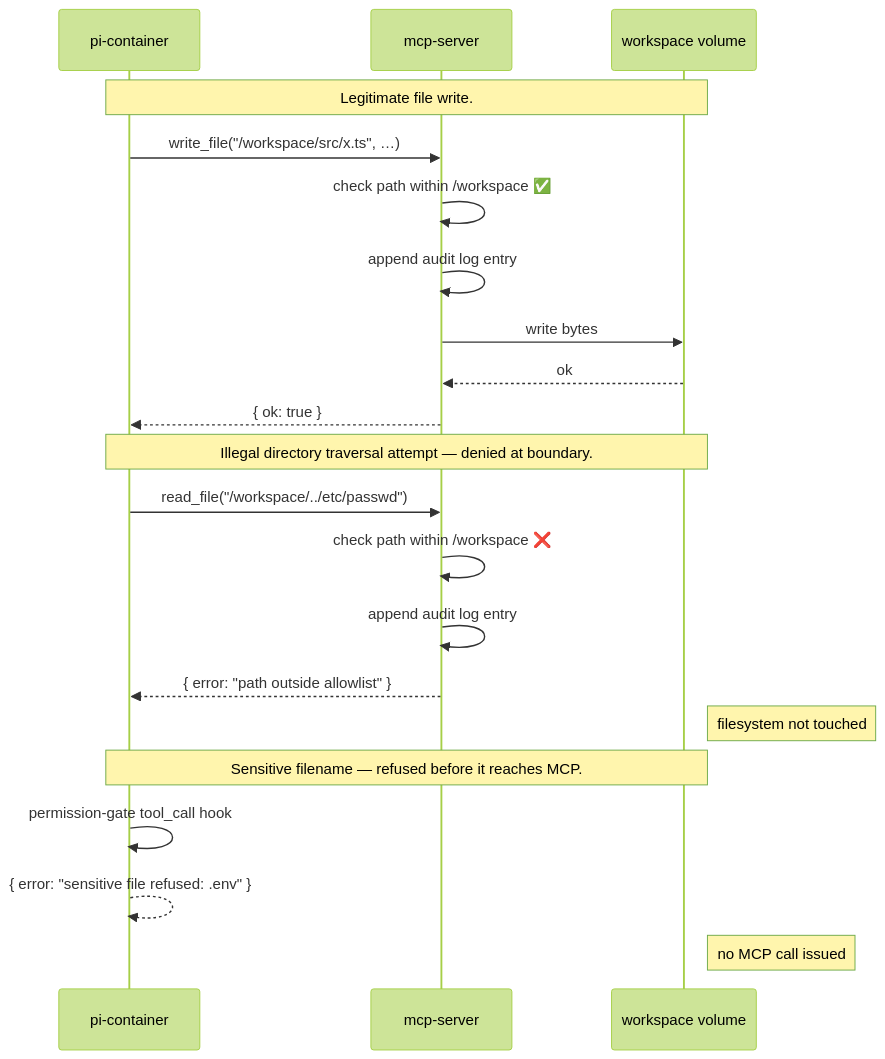
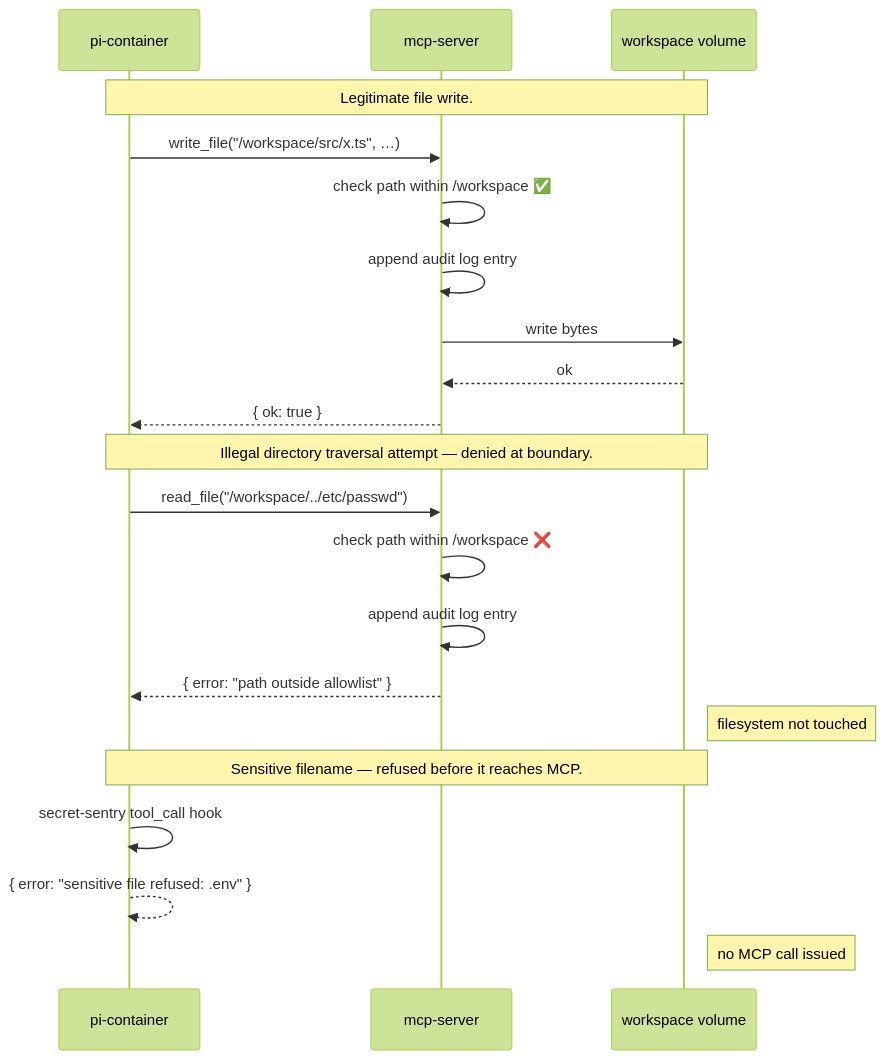
Before and after one commit to kieranpotts/genie: the second of 4 diagrams in docs/solution.md, drawn with Mermaid (forest theme). The commit also changed other lines of this file and 24 other files, not shown here.

Commit message:
feature: remove user prompting from permission-gate

````diff
--- a/docs/solution.md
+++ b/docs/solution.md
@@ -326,26 +330,26 @@
 ```mermaid
 sequenceDiagram
   participant Pi as pi-container
   participant MCP as mcp-server
   participant FS as workspace volume
 
   Note over Pi,FS: Legitimate file write.
   Pi->>MCP: write_file("/workspace/src/x.ts", …)
   MCP->>MCP: check path within /workspace ✅
   MCP->>MCP: append audit log entry
   MCP->>FS: write bytes
   FS-->>MCP: ok
   MCP-->>Pi: { ok: true }
 
   Note over Pi,FS: Illegal directory traversal attempt — denied at boundary.
   Pi->>MCP: read_file("/workspace/../etc/passwd")
   MCP->>MCP: check path within /workspace ❌
   MCP->>MCP: append audit log entry
   MCP-->>Pi: { error: "path outside allowlist" }
   Note right of FS: filesystem not touched
 
   Note over Pi,FS: Sensitive filename — refused before it reaches MCP.
-  Pi->>Pi: permission-gate tool_call hook
+  Pi->>Pi: secret-sentry tool_call hook
   Pi-->>Pi: { error: "sensitive file refused: .env" }
   Note right of FS: no MCP call issued
 ```
````
